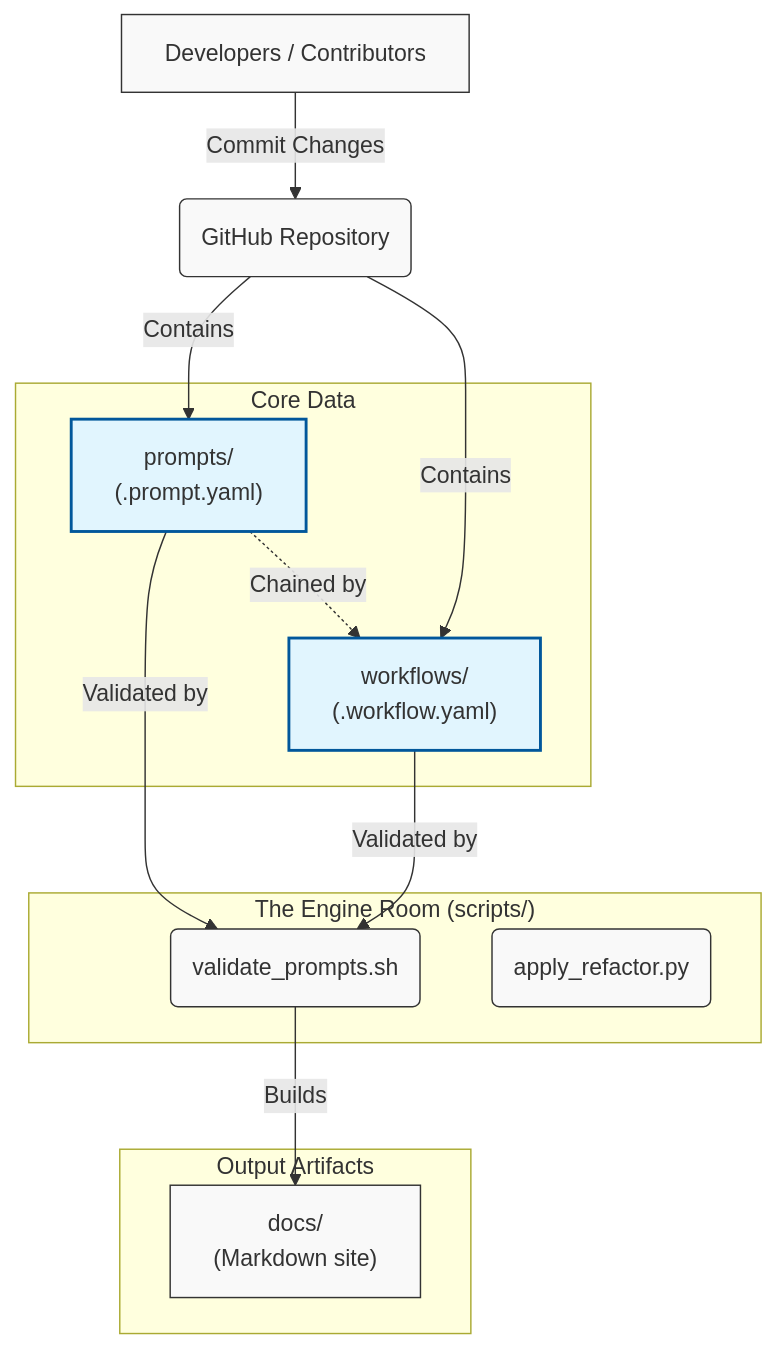
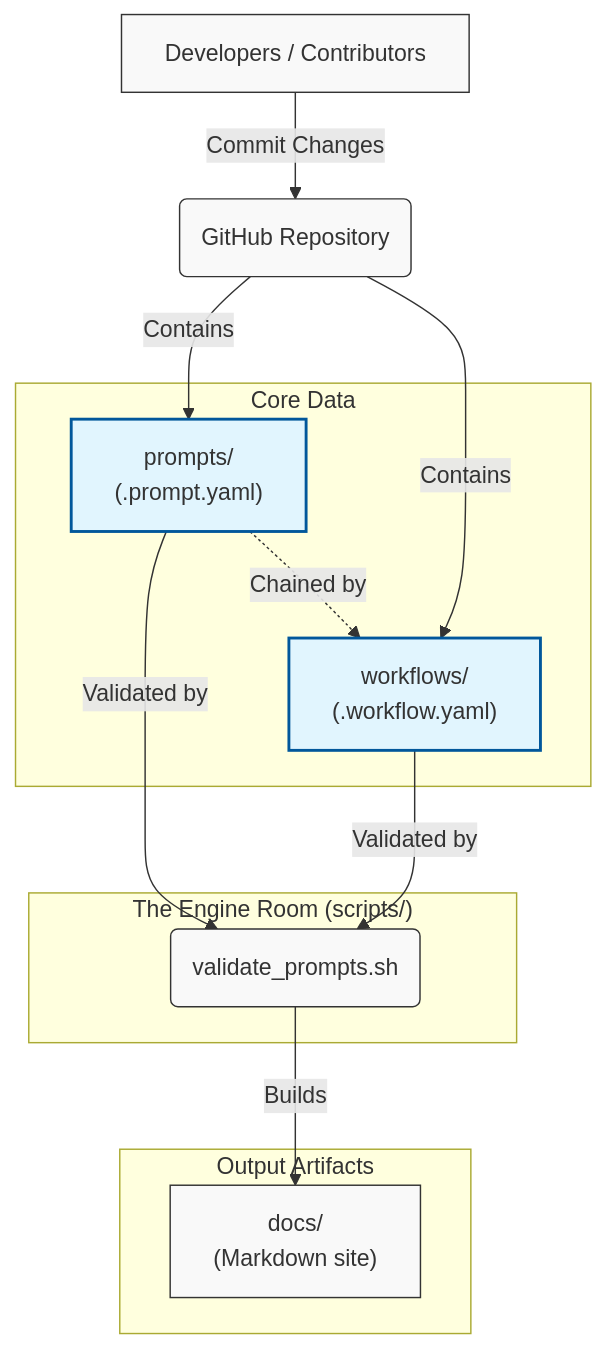
Before and after one commit to fderuiter/proompts: the diagram in README.md, drawn with Mermaid. The commit also changed other lines of this file and 26 other files, not shown here.

````diff
--- a/README.md
+++ b/README.md
@@ -23,32 +23,31 @@
 ```mermaid
 graph TD
     %% Define Nodes
     A[Developers / Contributors] -->|Commit Changes| B(GitHub Repository)
 
     subgraph "Core Data"
         C1["prompts/<br>(.prompt.yaml)"]
         C2["workflows/<br>(.workflow.yaml)"]
         C1 -.->|Chained by| C2
     end
     B -->|Contains| C1
     B -->|Contains| C2
 
     subgraph "The Engine Room (scripts/)"
         D1(validate_prompts.sh)
-        D2(apply_refactor.py)
     end
 
     %% Flow of Validation
     C1 -->|Validated by| D1
     C2 -->|Validated by| D1
 
     subgraph "Output Artifacts"
         E1["docs/<br>(Markdown site)"]
     end
 
     D1 -->|Builds| E1
 
     classDef default fill:#f9f9f9,stroke:#333,stroke-width:1px;
     classDef highlight fill:#e1f5fe,stroke:#01579b,stroke-width:2px;
     class C1,C2 highlight;
 ```
````
